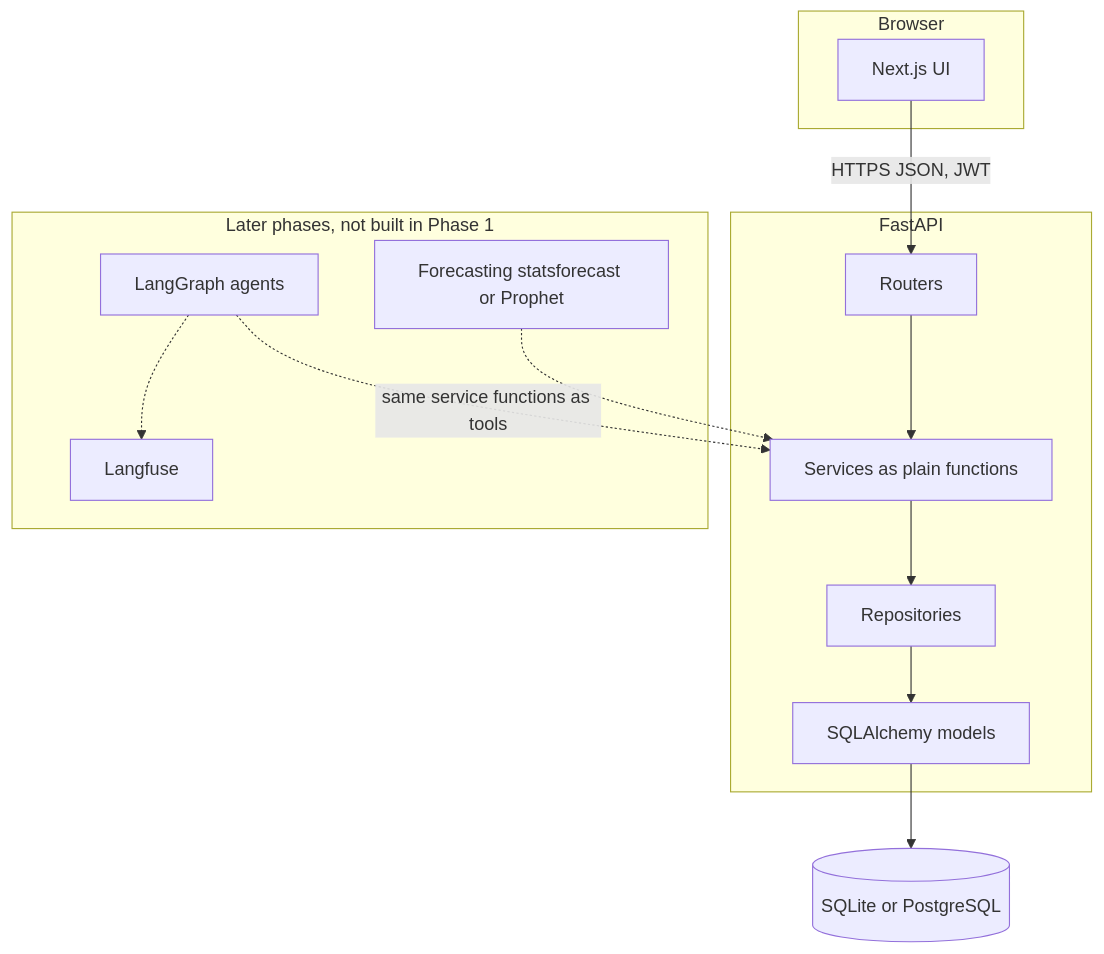
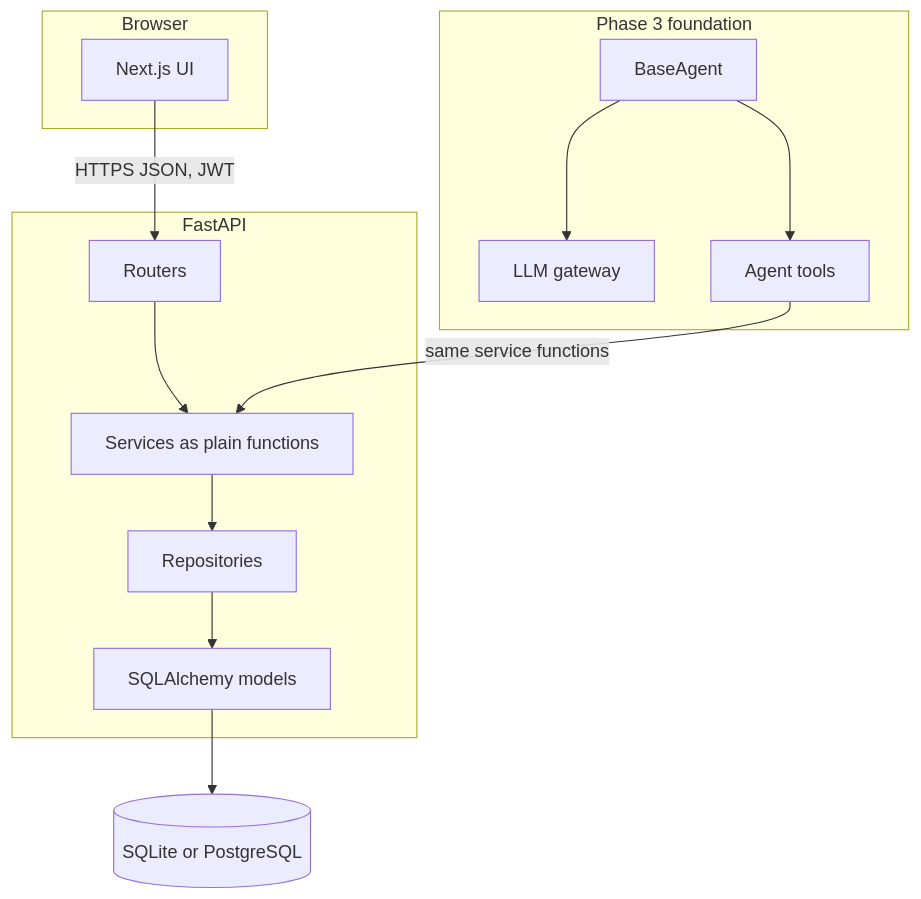
One commit to shreyanshhhhhhhh/Inventory_AI changed the first of 2 diagrams in docs/ARCHITECTURE.md. Above: the diagram before and after it, drawn with Mermaid. The commit also changed other lines of this file and 51 other files, not shown here.

Commit message:
Add the shared LLM gateway, tools, and BaseAgent so later agents can propose actions without writing stock or purchase orders.

````diff
--- a/docs/ARCHITECTURE.md
+++ b/docs/ARCHITECTURE.md
@@ -9,31 +9,31 @@
 ```mermaid
 flowchart TB
   subgraph client ["Browser"]
     UI["Next.js UI"]
   end
 
   subgraph server ["FastAPI"]
     Routers[Routers]
     Services["Services as plain functions"]
     Repos[Repositories]
     Models[SQLAlchemy models]
   end
 
   DB[("SQLite or PostgreSQL")]
 
   UI -->|"HTTPS JSON, JWT"| Routers
   Routers --> Services
   Services --> Repos
   Repos --> Models
   Models --> DB
 
-  subgraph later ["Later phases, not built in Phase 1"]
-    Forecast["Forecasting statsforecast or Prophet"]
-    Agents[LangGraph agents]
-    Traces[Langfuse]
+  subgraph later ["Phase 3 foundation"]
+    Gateway[LLM gateway]
+    Tools[Agent tools]
+    BaseAgent[BaseAgent]
   end
 
-  Forecast -.-> Services
-  Agents -.->|"same service functions as tools"| Services
-  Agents -.-> Traces
+  BaseAgent --> Gateway
+  BaseAgent --> Tools
+  Tools -->|"same service functions"| Services
 ```
````
